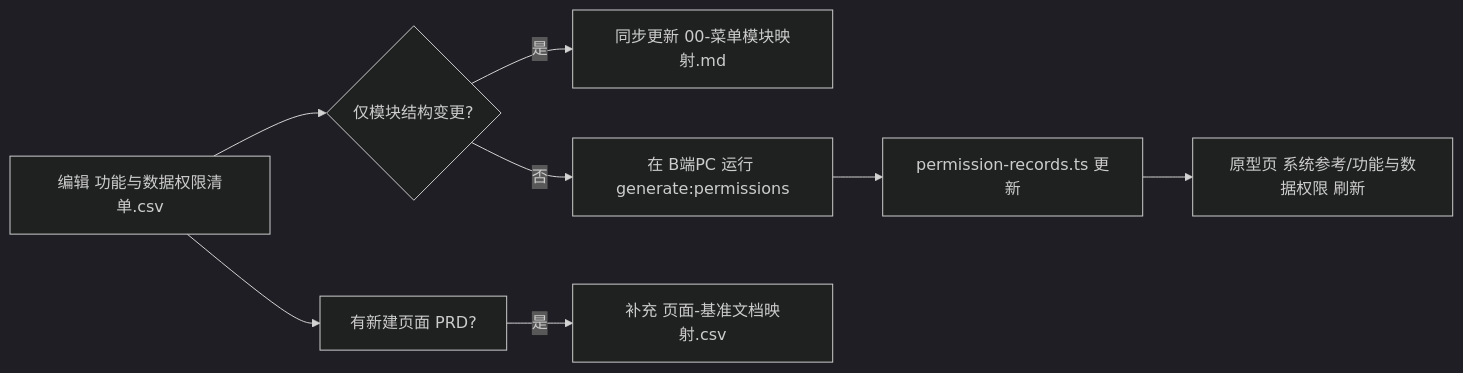
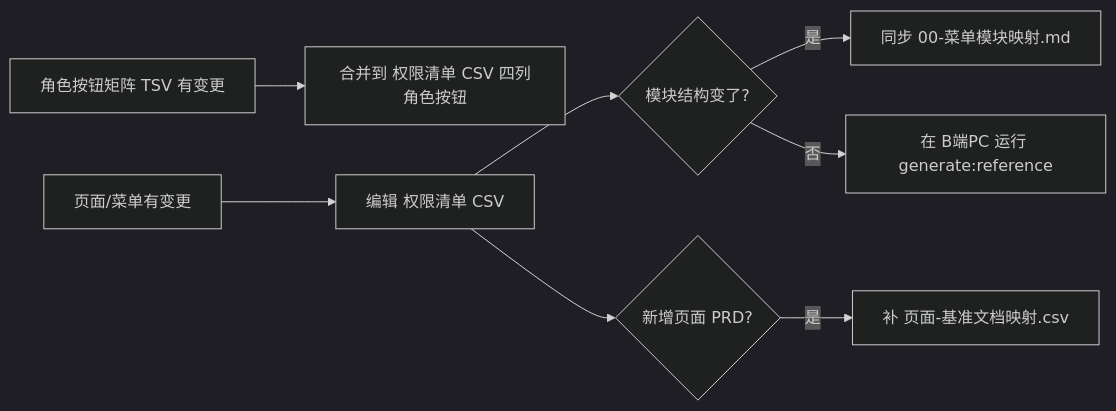
The diagram in 02-PRD文档/🌟🌟🌟-最新基准版/00-功能与数据权限/README.md (RobertHuang999/SYZC), drawn with Mermaid (dark theme) before and after one commit. The commit also changed other lines of this file and 1140 other files, not shown here.

````diff
--- a/02-PRD文档/🌟🌟🌟-最新基准版/00-功能与数据权限/README.md
+++ b/02-PRD文档/🌟🌟🌟-最新基准版/00-功能与数据权限/README.md
@@ -48,10 +61,10 @@
 ```mermaid
 flowchart LR
-  A[编辑 功能与数据权限清单.csv] --> B{仅模块结构变更?}
-  B -->|是| C[同步更新 00-菜单模块映射.md]
-  B -->|否| D[在 B端PC 运行 generate:permissions]
-  D --> E[permission-records.ts 更新]
-  E --> F[原型页 系统参考/功能与数据权限 刷新]
-  A --> G[有新建页面 PRD?]
-  G -->|是| H[补充 页面-基准文档映射.csv]
+  A[角色按钮矩阵 TSV 有变更] --> B[合并到 权限清单 CSV 四列角色按钮]
+  C[页面/菜单有变更] --> D[编辑 权限清单 CSV]
+  D --> E{模块结构变了?}
+  E -->|是| F[同步 00-菜单模块映射.md]
+  E -->|否| G[在 B端PC 运行 generate:reference]
+  D --> H{新增页面 PRD?}
+  H -->|是| I[补 页面-基准文档映射.csv]
 ```
````
